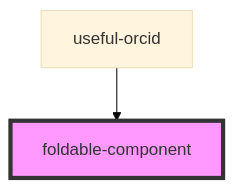
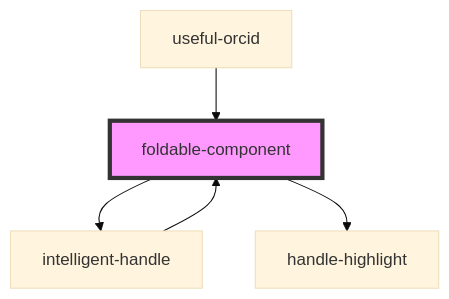
Before and after one commit to kit-data-manager/pid-component: the diagram in src/components/foldable-component/readme.md, drawn with Mermaid (base theme). The commit also changed other lines of this file and 5 other files, not shown here.

Commit message:
migrated intelligent-handle.tsx to foldable-component.tsx

````diff
--- a/src/components/foldable-component/readme.md
+++ b/src/components/foldable-component/readme.md
@@ -28,5 +34,8 @@
 ```mermaid
 graph TD;
+  foldable-component --> intelligent-handle
+  foldable-component --> handle-highlight
+  intelligent-handle --> foldable-component
   useful-orcid --> foldable-component
   style foldable-component fill:#f9f,stroke:#333,stroke-width:4px
 ```
````
